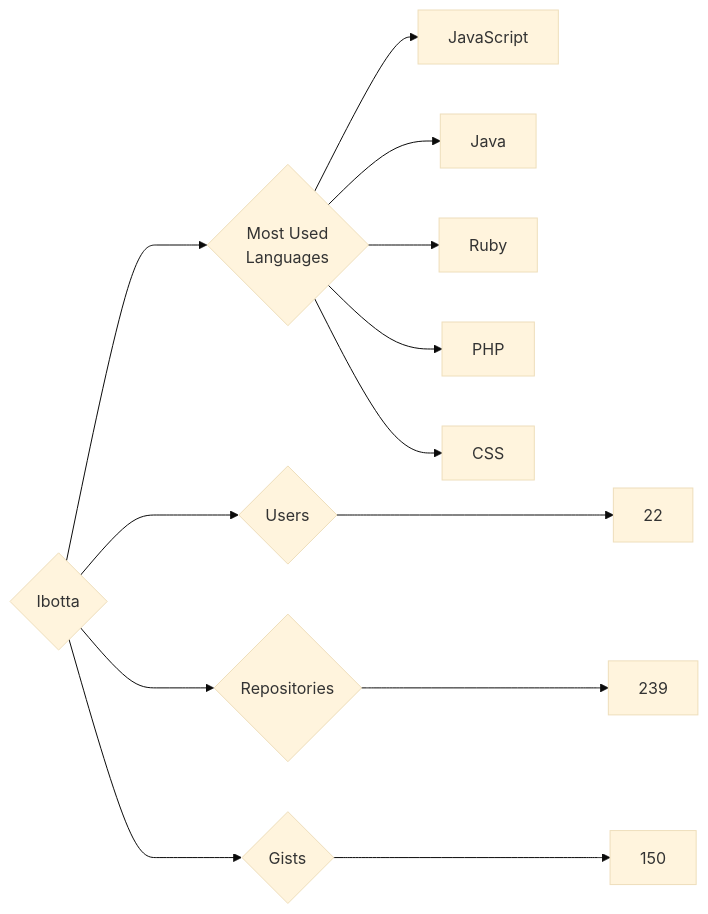
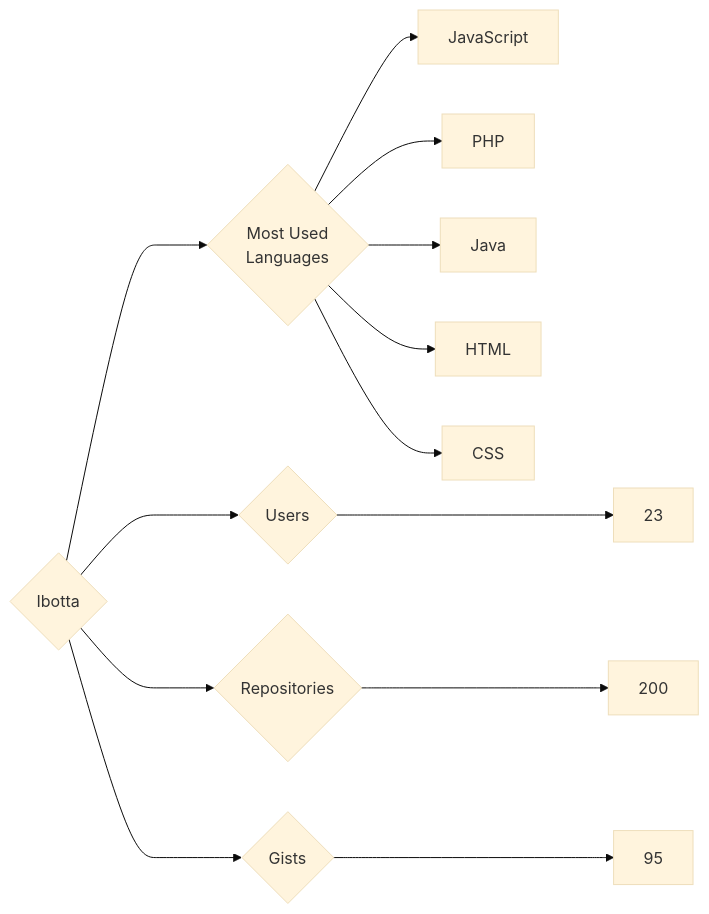
Before and after one commit to trickest/insiders: the diagram in targets/Ibotta/README.md, drawn with Mermaid (base theme). The commit also changed 837 other files, not shown here.

````diff
--- a/targets/Ibotta/README.md
+++ b/targets/Ibotta/README.md
@@ -3,13 +3,13 @@
 ```mermaid
 graph LR
 COMPANY_NAME{Ibotta}
-COMPANY_NAME ---> U{Users} ---> UN[22]
-COMPANY_NAME ---> R{Repositories} ---> RN[239]
-COMPANY_NAME ---> G{Gists} ---> GN[150]
+COMPANY_NAME ---> U{Users} ---> UN[23]
+COMPANY_NAME ---> R{Repositories} ---> RN[200]
+COMPANY_NAME ---> G{Gists} ---> GN[95]
 COMPANY_NAME ---> ML{Most Used<br>Languages}
 ML --> JavaScript[JavaScript]
+ML --> PHP[PHP]
 ML --> Java[Java]
-ML --> Ruby[Ruby]
-ML --> PHP[PHP]
+ML --> HTML[HTML]
 ML --> CSS[CSS]
 ```
````
